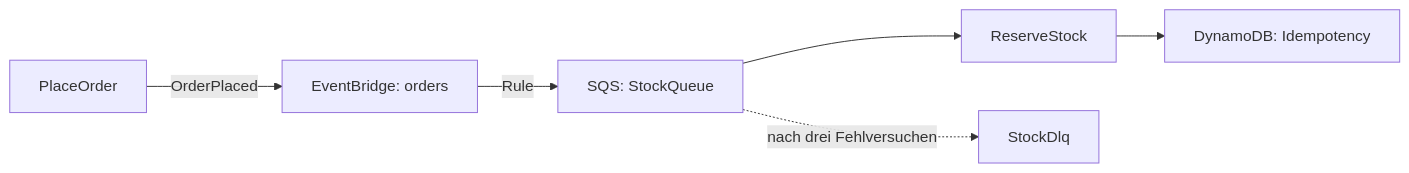
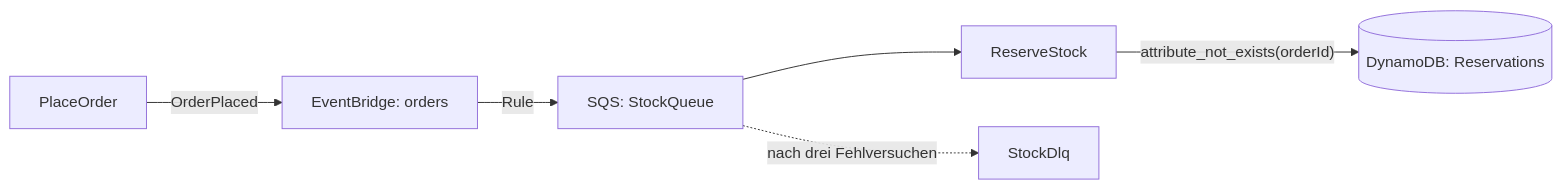
One commit to MikeBild/introduction-aws changed the diagram in exercises/14-aws-events-queues/README.md. Above: the diagram before and after it, drawn with Mermaid. The commit also changed other lines of this file and 96 other files, not shown here.

````diff
--- a/exercises/14-aws-events-queues/README.md
+++ b/exercises/14-aws-events-queues/README.md
@@ -9,7 +9,7 @@
 ```mermaid
 flowchart LR
   p["PlaceOrder"] -- "OrderPlaced" --> eb["EventBridge: orders"]
   eb -- "Rule" --> q["SQS: StockQueue"] --> f["ReserveStock"]
   q -. "nach drei Fehlversuchen" .-> dlq["StockDlq"]
-  f --> t["DynamoDB: Idempotency"]
+  f -- "attribute_not_exists(orderId)" --> t[("DynamoDB: Reservations")]
 ```
````
